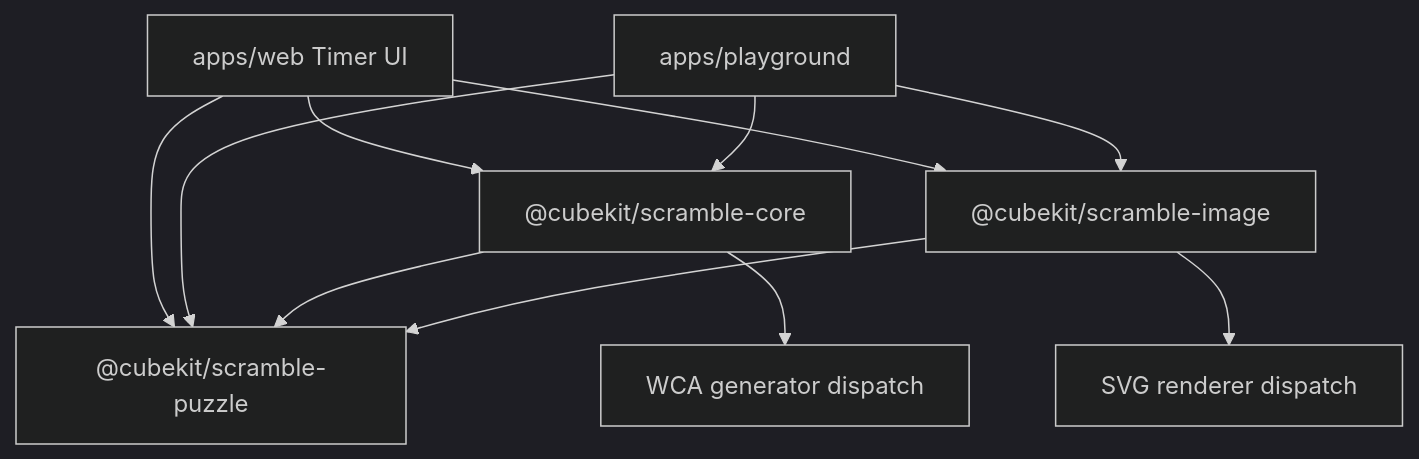
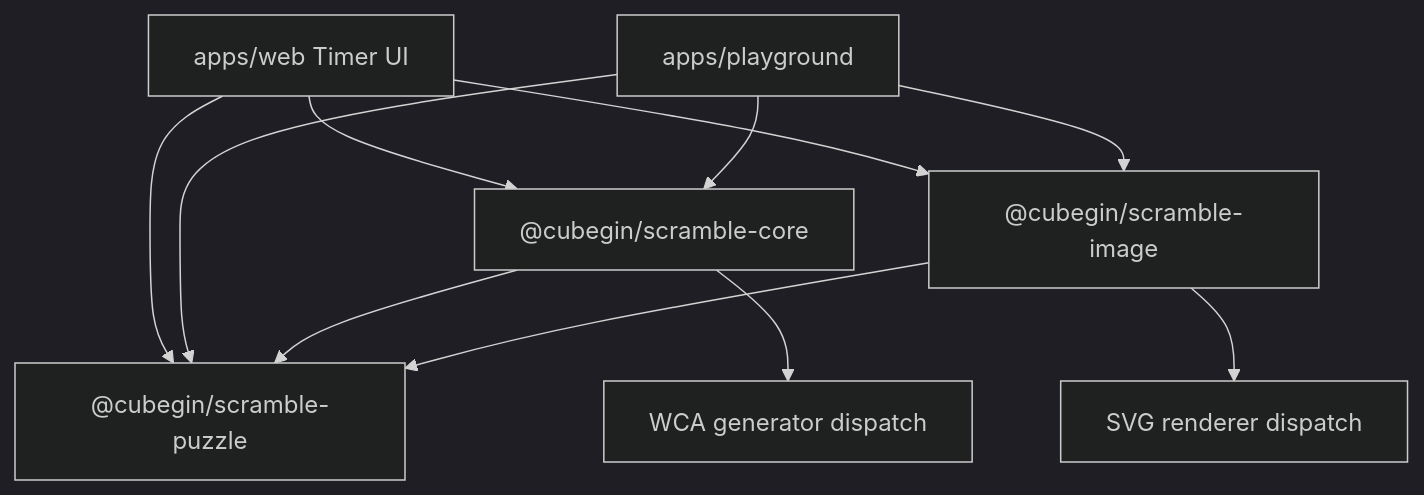
Before and after one commit to deweyou/cube-kit: the diagram in docs/scramble-runtime.md, drawn with Mermaid (dark theme). The commit also changed other lines of this file and 164 other files, not shown here.

````diff
--- a/docs/scramble-runtime.md
+++ b/docs/scramble-runtime.md
@@ -3,13 +3,13 @@
 ```mermaid
 flowchart TD
-    UI["apps/web Timer UI"] --> Core["@cubekit/scramble-core"]
-    UI --> Image["@cubekit/scramble-image"]
-    UI --> Puzzle["@cubekit/scramble-puzzle"]
+    UI["apps/web Timer UI"] --> Core["@cubegin/scramble-core"]
+    UI --> Image["@cubegin/scramble-image"]
+    UI --> Puzzle["@cubegin/scramble-puzzle"]
     Playground["apps/playground"] --> Core
     Playground --> Image
     Playground --> Puzzle
     Core --> Puzzle
     Image --> Puzzle
     Core --> Generators["WCA generator dispatch"]
     Image --> Renderers["SVG renderer dispatch"]
 ```
````
